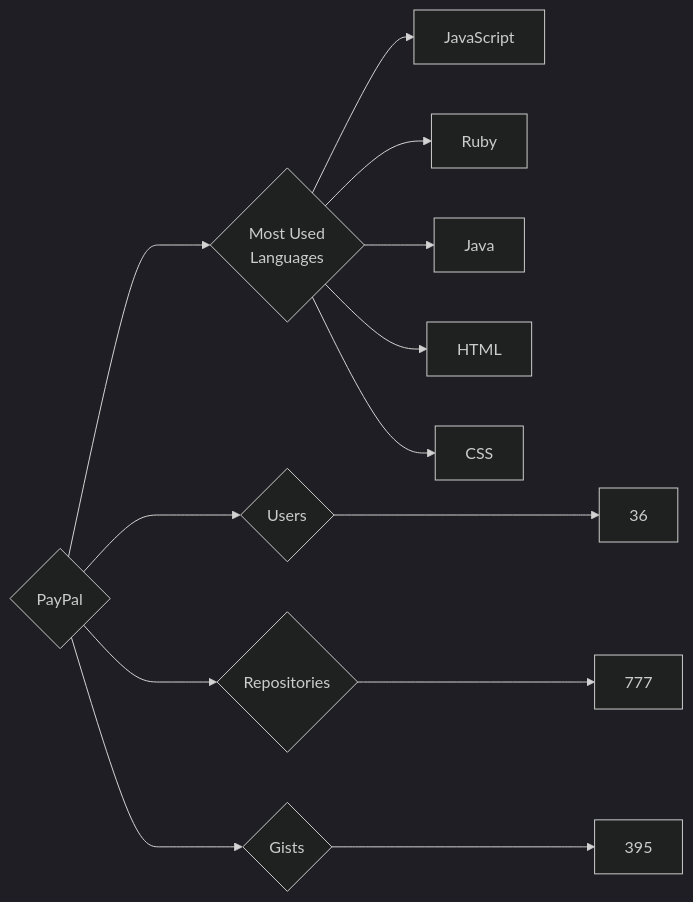
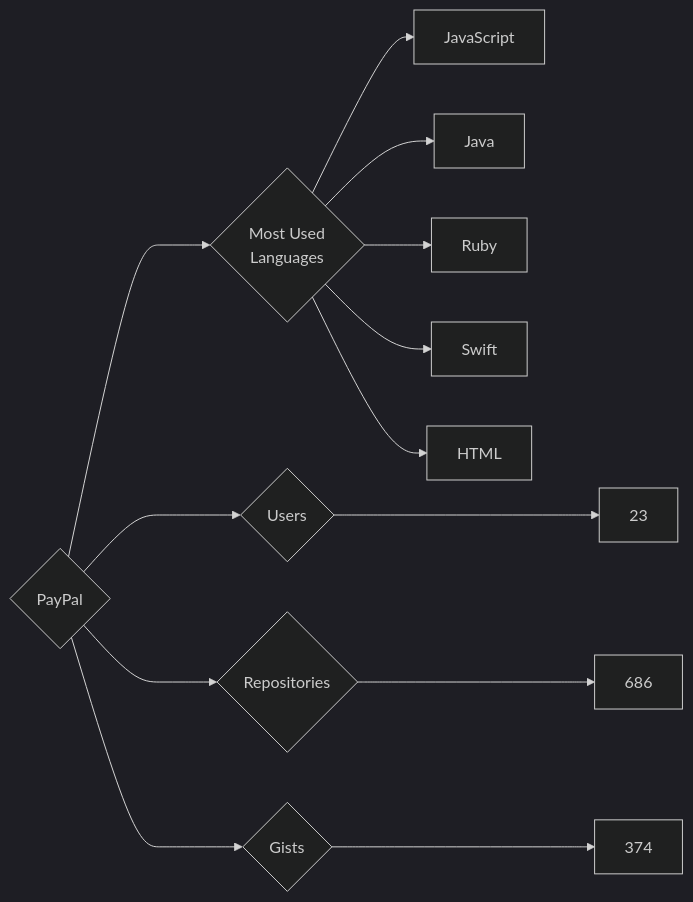
One commit to trickest/insiders changed the diagram in targets/PayPal/README.md. Above: the diagram before and after it, drawn with Mermaid (dark theme). The commit also changed 995 other files, not shown here.

````diff
--- a/targets/PayPal/README.md
+++ b/targets/PayPal/README.md
@@ -3,13 +3,13 @@
 ```mermaid
 graph LR
 COMPANY_NAME{PayPal}
-COMPANY_NAME ---> U{Users} ---> UN[36]
-COMPANY_NAME ---> R{Repositories} ---> RN[777]
-COMPANY_NAME ---> G{Gists} ---> GN[395]
+COMPANY_NAME ---> U{Users} ---> UN[23]
+COMPANY_NAME ---> R{Repositories} ---> RN[686]
+COMPANY_NAME ---> G{Gists} ---> GN[374]
 COMPANY_NAME ---> ML{Most Used<br>Languages}
 ML --> JavaScript[JavaScript]
+ML --> Java[Java]
 ML --> Ruby[Ruby]
-ML --> Java[Java]
+ML --> Swift[Swift]
 ML --> HTML[HTML]
-ML --> CSS[CSS]
 ```
````
